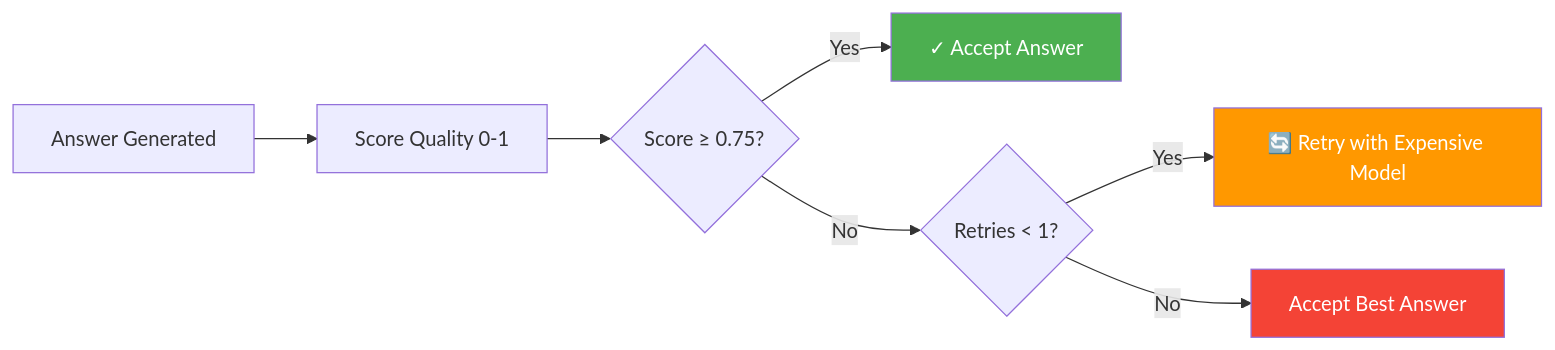
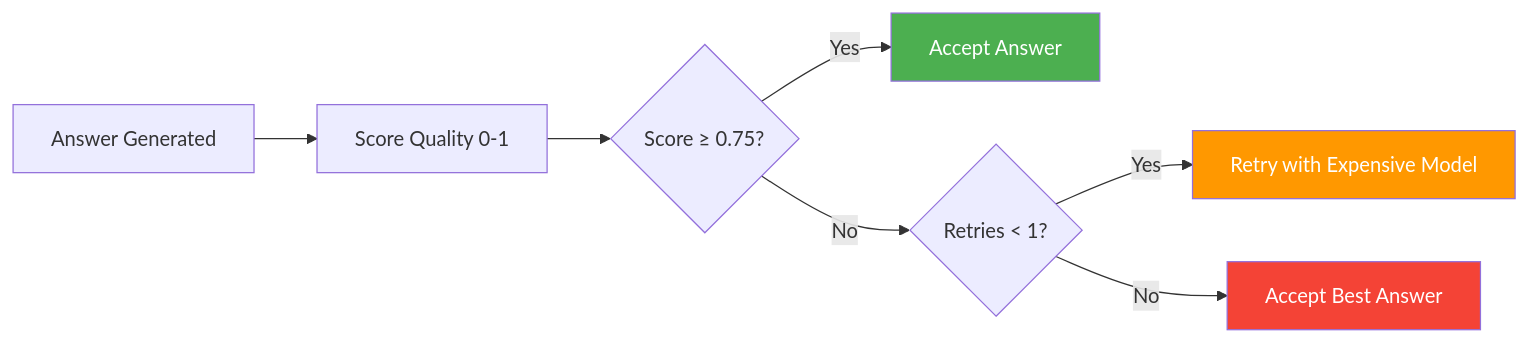
One commit to aaryan182/ai_agents_prod_langgraph changed the third of 7 diagrams in Cost_aware_rag_agent/README.md. Above: the diagram before and after it, drawn with Mermaid. The commit also changed other lines of this file and 7 other files, not shown here.

````diff
--- a/Cost_aware_rag_agent/README.md
+++ b/Cost_aware_rag_agent/README.md
@@ -217,13 +217,13 @@
 ```mermaid
 flowchart LR
     A[Answer Generated] --> B[Score Quality 0-1]
     B --> C{Score ≥ 0.75?}
-    C -->|Yes| D[✓ Accept Answer]
+    C -->|Yes| D[Accept Answer]
     C -->|No| E{Retries < 1?}
-    E -->|Yes| F[🔄 Retry with Expensive Model]
+    E -->|Yes| F[Retry with Expensive Model]
     E -->|No| G[Accept Best Answer]
     
     style D fill:#4caf50,color:#fff
     style F fill:#ff9800,color:#fff
     style G fill:#f44336,color:#fff
 ```
````
